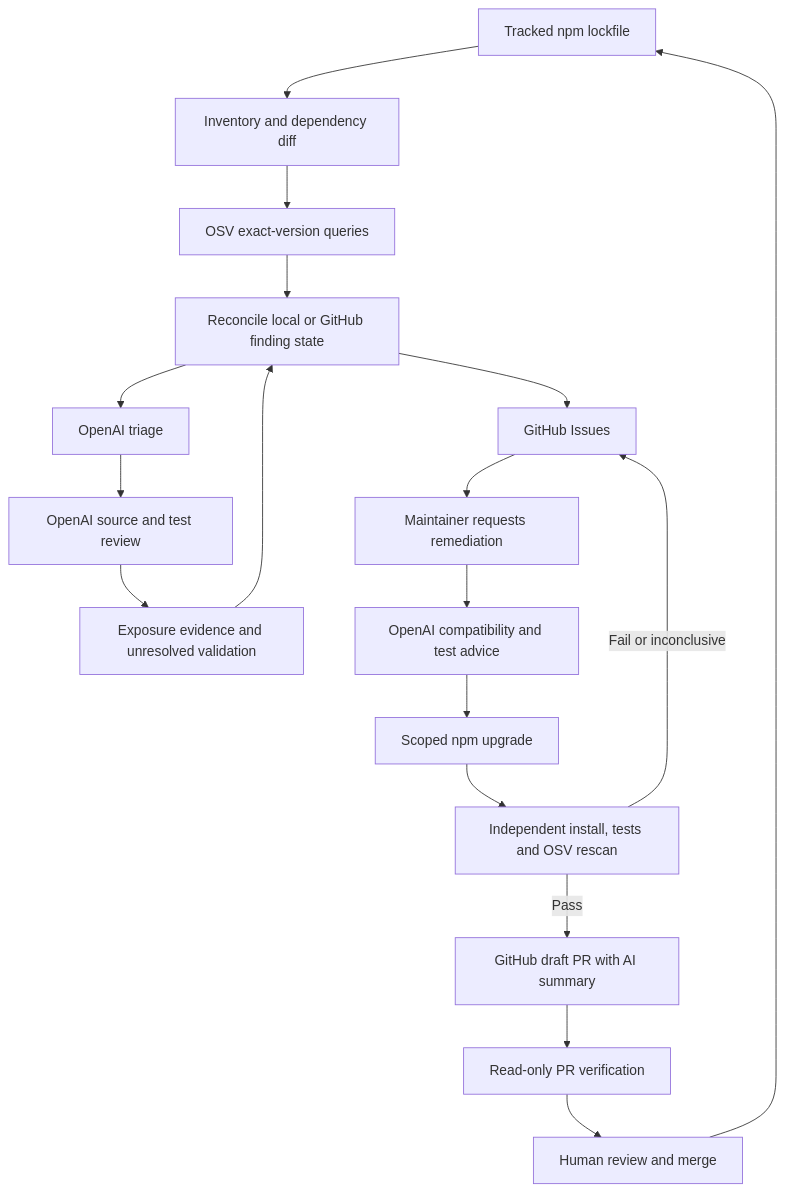
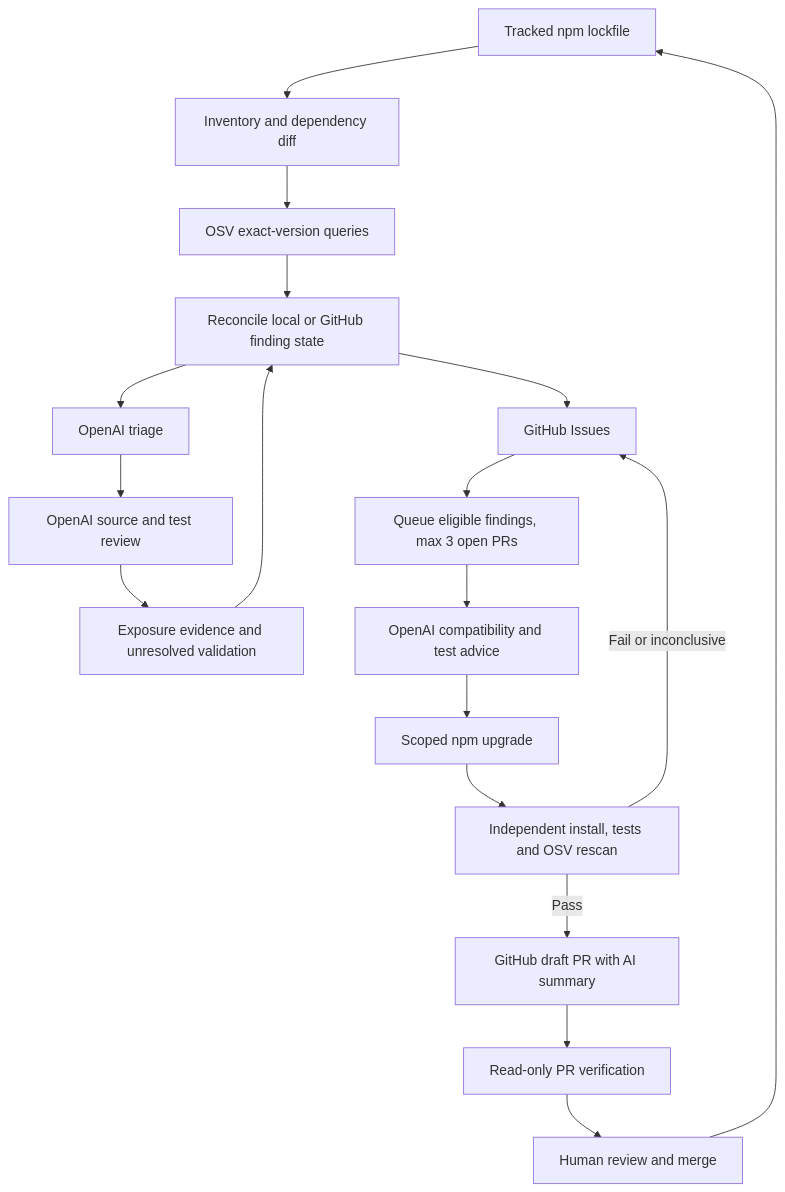
The diagram in appsec/README.md (metalstormbass/juice-shop), drawn with Mermaid before and after one commit. The commit also changed 3 other files, not shown here.

````diff
--- a/appsec/README.md
+++ b/appsec/README.md
@@ -5,20 +5,20 @@
 ```mermaid
 flowchart TD
     Lock[Tracked npm lockfile] --> Inventory[Inventory and dependency diff]
     Inventory --> OSV[OSV exact-version queries]
     OSV --> State[Reconcile local or GitHub finding state]
     State --> Triage[OpenAI triage]
     Triage --> Hunt[OpenAI source and test review]
     Hunt --> Evidence[Exposure evidence and unresolved validation]
     Evidence --> State
     State --> Issues[GitHub Issues]
-    Issues --> Request[Maintainer requests remediation]
+    Issues --> Request[Queue eligible findings, max 3 open PRs]
     Request --> Review[OpenAI compatibility and test advice]
     Review --> Upgrade[Scoped npm upgrade]
     Upgrade --> Verify[Independent install, tests and OSV rescan]
     Verify -->|Pass| Draft[GitHub draft PR with AI summary]
     Verify -->|Fail or inconclusive| Issues
     Draft --> CI[Read-only PR verification]
     CI --> Human[Human review and merge]
     Human --> Lock
 ```
````
